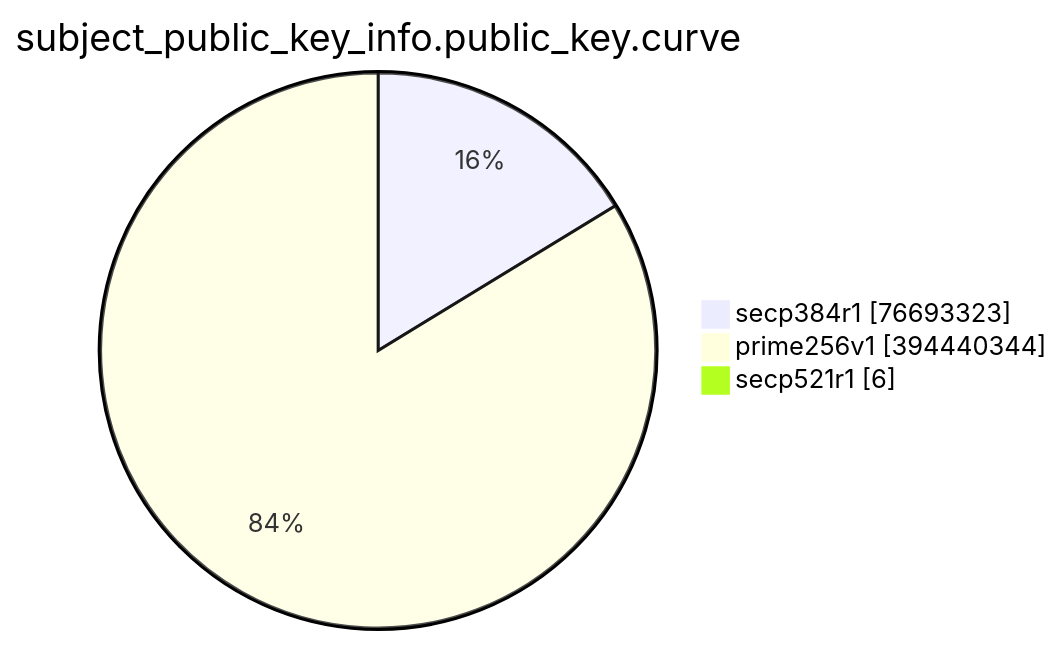
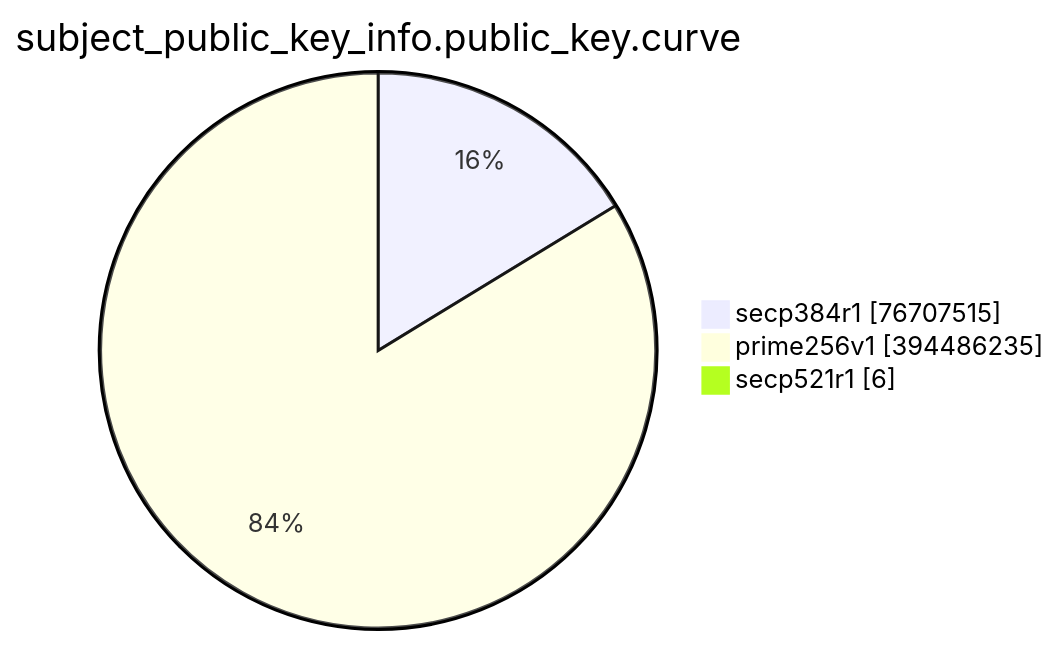
Before and after one commit to christiankrug/ctmonitor_visualization: the eighth of 15 diagrams in TOTAL/README.md, drawn with Mermaid. The commit also changed other lines of this file, not shown here.

````diff
--- a/TOTAL/README.md
+++ b/TOTAL/README.md
@@ -3094,7 +3094,7 @@
 ```mermaid
 pie showData
 title subject_public_key_info.public_key.curve
-"secp384r1" :76693323
-"prime256v1" :394440344
+"secp384r1" :76707515
+"prime256v1" :394486235
 "secp521r1" :6
 ```
````
